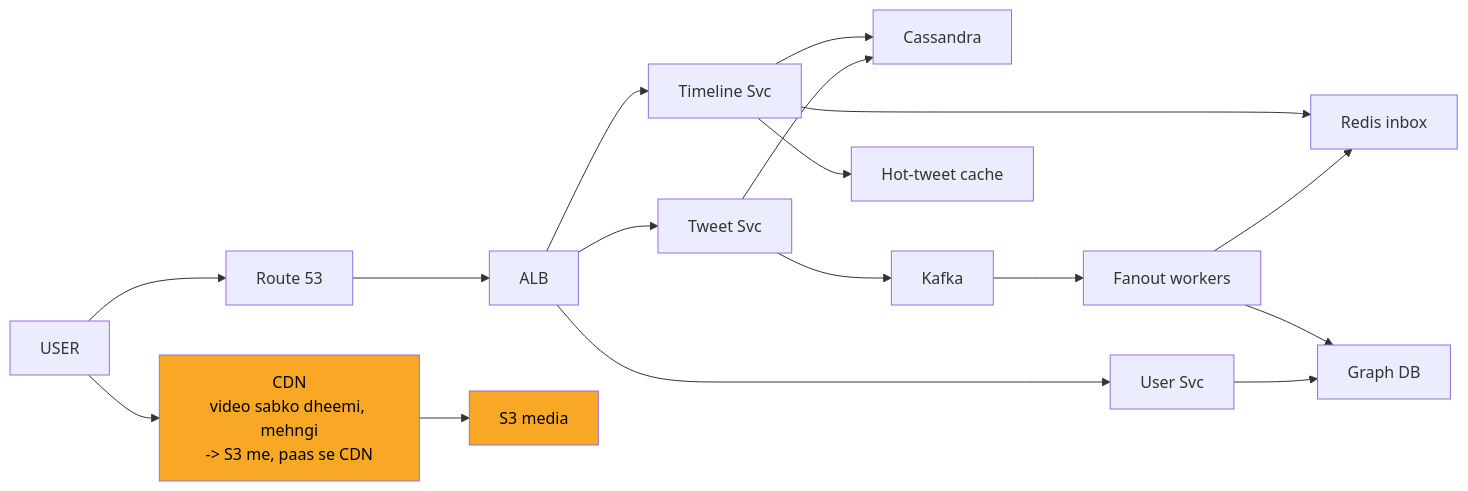
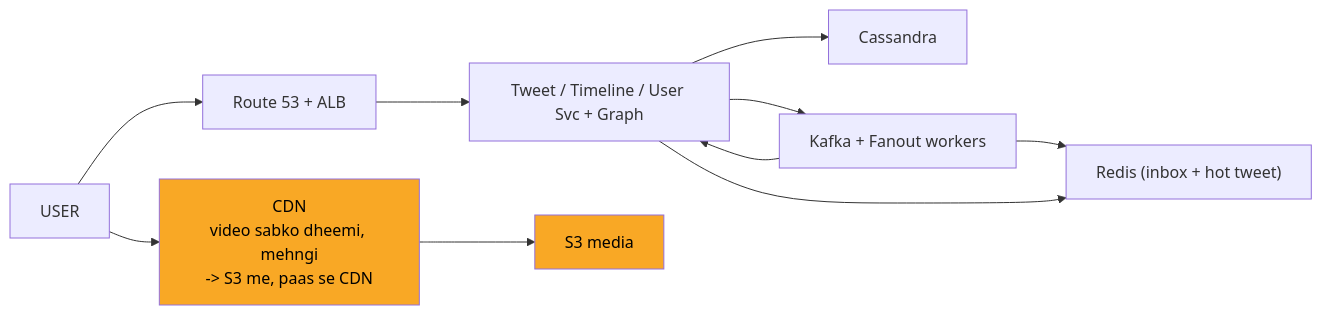
Before and after one commit to ArpanMaheshwari144/Prep: diagram 11 of 12 in 04_HLD/SYSTEM_DESIGNS/03_twitter_feed/03_twitter_feed.md, drawn with Mermaid. The commit also changed other lines of this file and 11 other files, not shown here.

Commit message:
hld: card diagrams max 8 boxes (App x N, merged stores/chains; full diagram only in AAKHRI DABBA)

````diff
--- a/04_HLD/SYSTEM_DESIGNS/03_twitter_feed/03_twitter_feed.md
+++ b/04_HLD/SYSTEM_DESIGNS/03_twitter_feed/03_twitter_feed.md
@@ -435,35 +417,22 @@
 ```mermaid
 flowchart LR
     n_USER["USER"]
-    n_Route_53["Route 53"]
+    n_EDGE["Route 53 + ALB"]
     n_CDN["CDN<br/>video sabko dheemi, mehngi<br/>-> S3 me, paas se CDN"]
-    n_ALB["ALB"]
-    n_Tweet_Svc["Tweet Svc"]
+    n_SVC["Tweet / Timeline / User Svc + Graph"]
     n_Cassandra["Cassandra"]
-    n_Kafka["Kafka"]
-    n_Fanout_workers["Fanout workers"]
-    n_Redis_inbox["Redis inbox"]
-    n_Timeline_Svc["Timeline Svc"]
-    n_Hot_tweet_cache["Hot-tweet cache"]
-    n_User_Svc["User Svc"]
-    n_Graph_DB["Graph DB"]
+    n_FAN["Kafka + Fanout workers"]
+    n_RI["Redis (inbox + hot tweet)"]
     n_S3["S3 media"]
-    n_USER --> n_Route_53
-    n_ALB --> n_Tweet_Svc
-    n_ALB --> n_Timeline_Svc
-    n_ALB --> n_User_Svc
-    n_Tweet_Svc --> n_Cassandra
-    n_Tweet_Svc --> n_Kafka
-    n_Kafka --> n_Fanout_workers
-    n_Fanout_workers --> n_Redis_inbox
-    n_Timeline_Svc --> n_Redis_inbox
-    n_Timeline_Svc --> n_Hot_tweet_cache
-    n_Timeline_Svc --> n_Cassandra
-    n_User_Svc --> n_Graph_DB
-    n_Fanout_workers --> n_Graph_DB
-    n_Route_53 --> n_ALB
+    n_USER --> n_EDGE
+    n_EDGE --> n_SVC
+    n_SVC --> n_Cassandra
+    n_SVC --> n_FAN
+    n_FAN --> n_RI
+    n_SVC --> n_RI
+    n_FAN --> n_SVC
     n_USER --> n_CDN
     n_CDN --> n_S3
     style n_CDN fill:#f9a825,color:#000
     style n_S3 fill:#f9a825,color:#000
 ```
````
